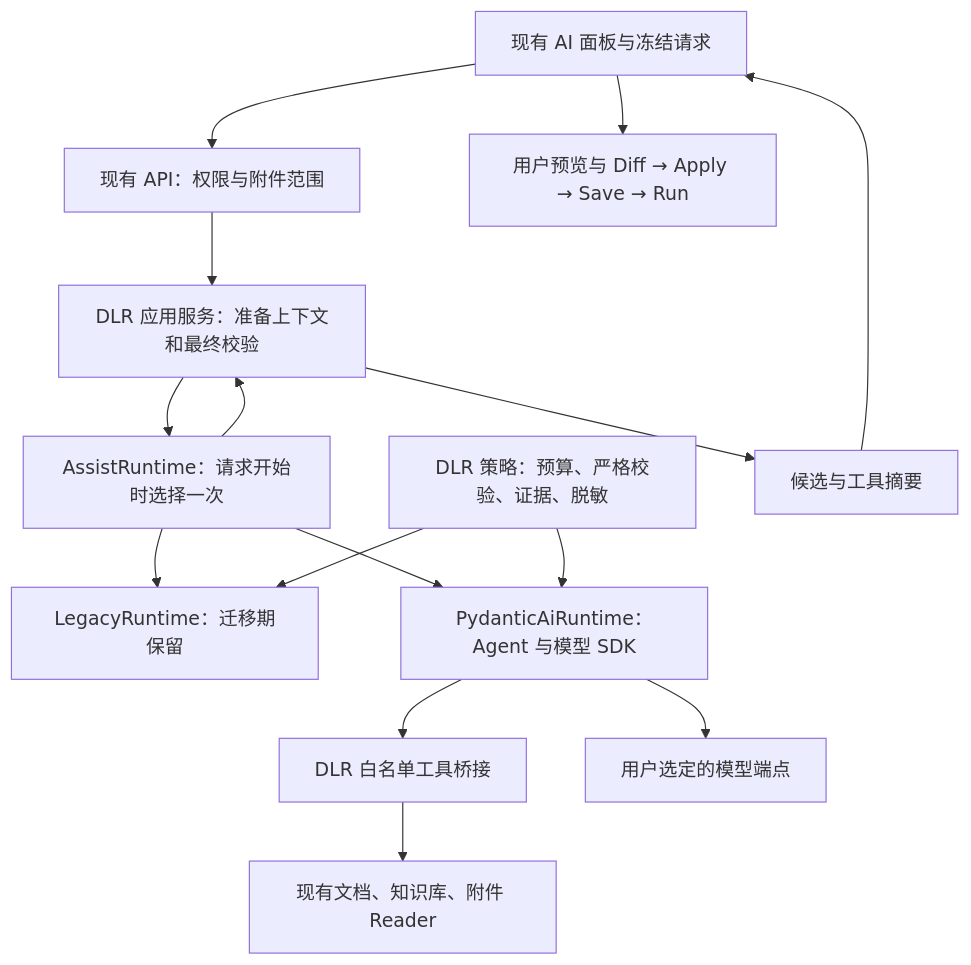
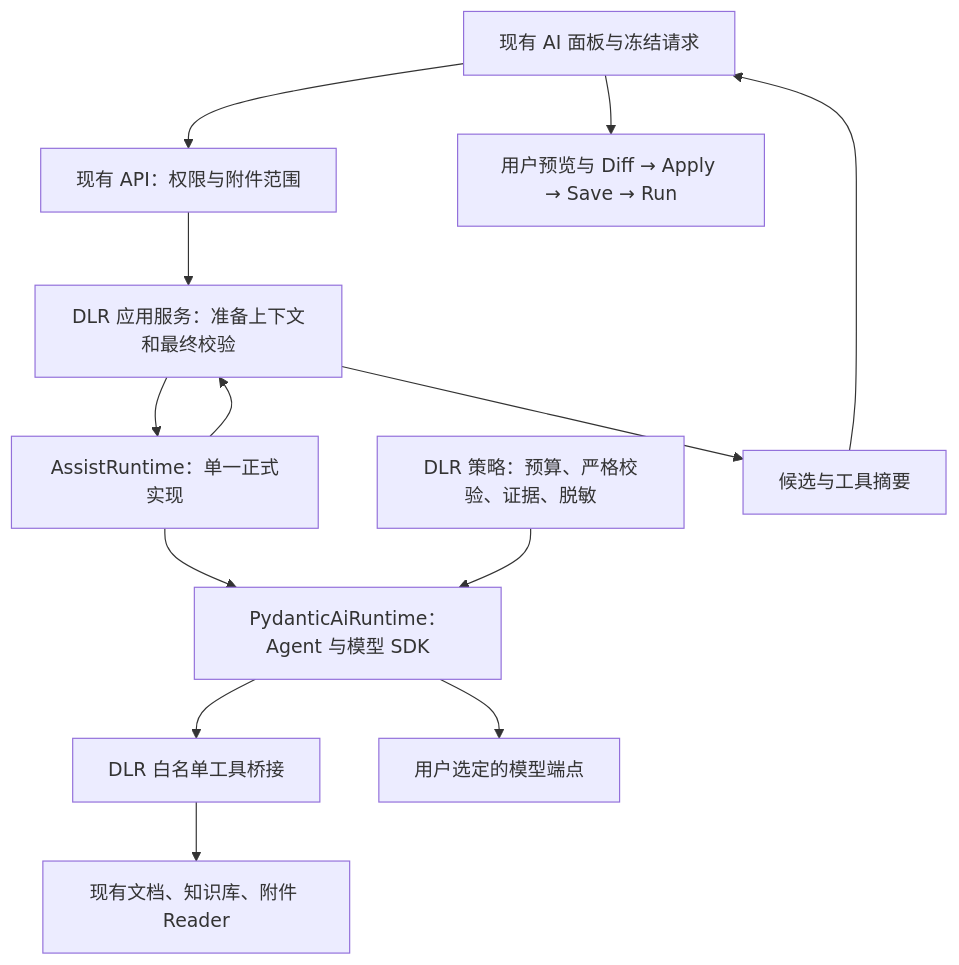
The diagram in openspec/changes/migrate-ai-assistant-to-pydantic-ai/design.md (john-ops-lab/DataLinkRuntime), drawn with Mermaid before and after one commit. The commit also changed other lines of this file and 67 other files, not shown here.

Commit message:
refactor(ai): retire legacy assist runtime and migration probes

````diff
--- a/openspec/changes/migrate-ai-assistant-to-pydantic-ai/design.md
+++ b/openspec/changes/migrate-ai-assistant-to-pydantic-ai/design.md
@@ -37,17 +39,15 @@
 ```mermaid
 flowchart TD
     UI[现有 AI 面板与冻结请求] --> API[现有 API：权限与附件范围]
     API --> Service[DLR 应用服务：准备上下文和最终校验]
-    Service --> Runtime[AssistRuntime：请求开始时选择一次]
-    Runtime --> Legacy[LegacyRuntime：迁移期保留]
+    Service --> Runtime[AssistRuntime：单一正式实现]
     Runtime --> PA[PydanticAiRuntime：Agent 与模型 SDK]
-    Policy[DLR 策略：预算、严格校验、证据、脱敏] --> Legacy
-    Policy --> PA
+    Policy[DLR 策略：预算、严格校验、证据、脱敏] --> PA
     PA --> Tools[DLR 白名单工具桥接]
     Tools --> Data[现有文档、知识库、附件 Reader]
     PA --> Models[用户选定的模型端点]
     Runtime --> Service
     Service --> Candidate[候选与工具摘要]
     Candidate --> UI
     UI --> Apply[用户预览与 Diff → Apply → Save → Run]
 ```
````
